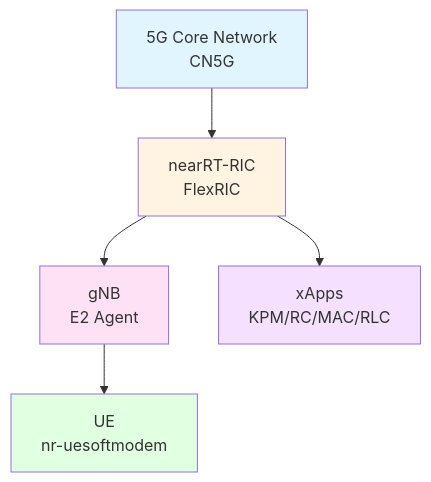
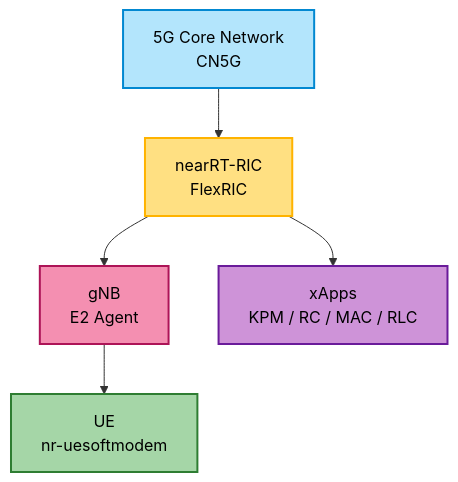
Before and after one commit to Sanjeev22A/OAI_XAPPS: the diagram in README.md, drawn with Mermaid.

Commit message:
Refactor graph styles and xApps formatting in README
Updated the styling and formatting of the graph in the README.

````diff
--- a/README.md
+++ b/README.md
@@ -67,13 +67,14 @@
 ```mermaid
 graph TB
     A[5G Core Network<br/>CN5G] --> B[nearRT-RIC<br/>FlexRIC]
     B --> C[gNB<br/>E2 Agent]
     C --> D[UE<br/>nr-uesoftmodem]
-    B --> E[xApps<br/>KPM/RC/MAC/RLC]
-    
-    style A fill:#e1f5ff
-    style B fill:#fff4e1
-    style C fill:#ffe1f5
-    style D fill:#e1ffe1
-    style E fill:#f5e1ff
+    B --> E[xApps<br/>KPM / RC / MAC / RLC]
+
+    style A fill:#b3e5fc,stroke:#0288d1,stroke-width:2px,color:#000
+    style B fill:#ffe082,stroke:#ffb300,stroke-width:2px,color:#000
+    style C fill:#f48fb1,stroke:#ad1457,stroke-width:2px,color:#000
+    style D fill:#a5d6a7,stroke:#2e7d32,stroke-width:2px,color:#000
+    style E fill:#ce93d8,stroke:#6a1b9a,stroke-width:2px,color:#000
+
 ```
````
